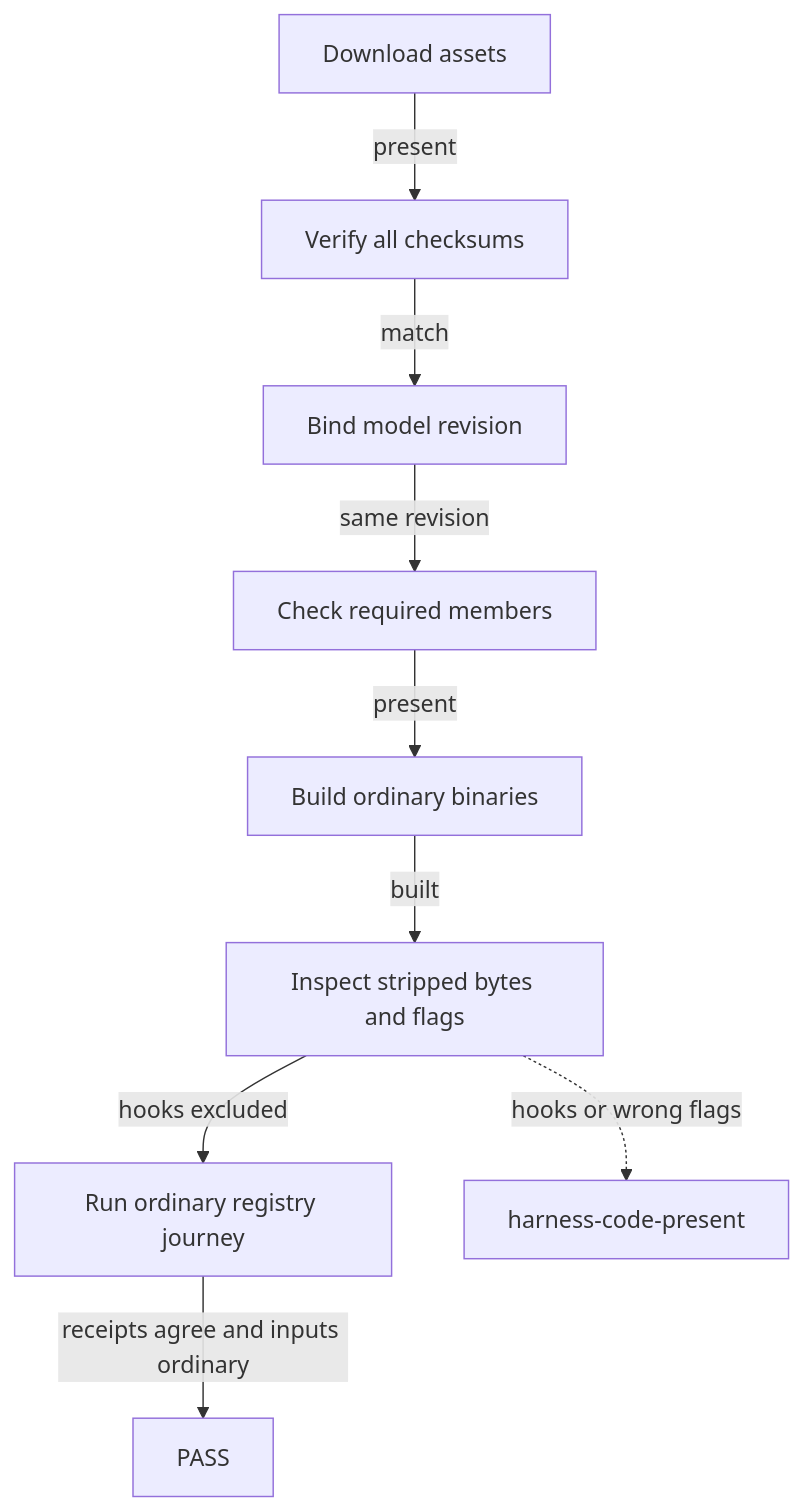
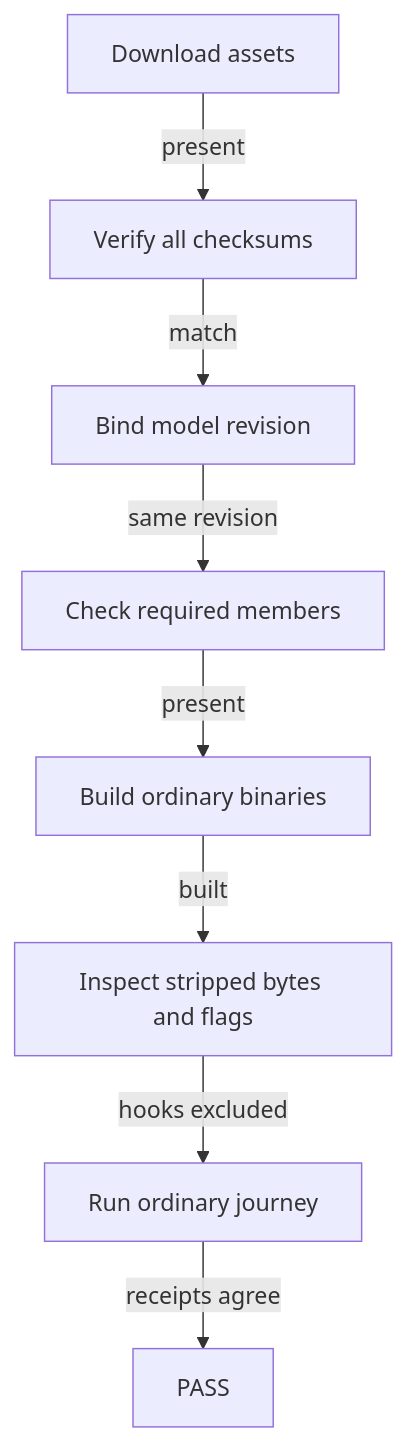
Before and after one commit to lambdasistemi/singular: the diagram in docs/verify-release.md, drawn with Mermaid. The commit also changed 3 other files, not shown here.

Commit message:
Keep build and release diagrams readable on phones

````diff
--- a/docs/verify-release.md
+++ b/docs/verify-release.md
@@ -40,11 +40,10 @@
 ```mermaid
 flowchart TD
     D[Download assets] -->|present| S[Verify all checksums]
     S -->|match| M[Bind model revision]
     M -->|same revision| E[Check required members]
     E -->|present| B[Build ordinary binaries]
     B -->|built| H[Inspect stripped bytes and flags]
-    H -->|hooks excluded| J[Run ordinary registry journey]
-    J -->|receipts agree and inputs ordinary| P[PASS]
-    H -.->|hooks or wrong flags| R[harness-code-present]
+    H -->|hooks excluded| J[Run ordinary journey]
+    J -->|receipts agree| P[PASS]
 ```
````
